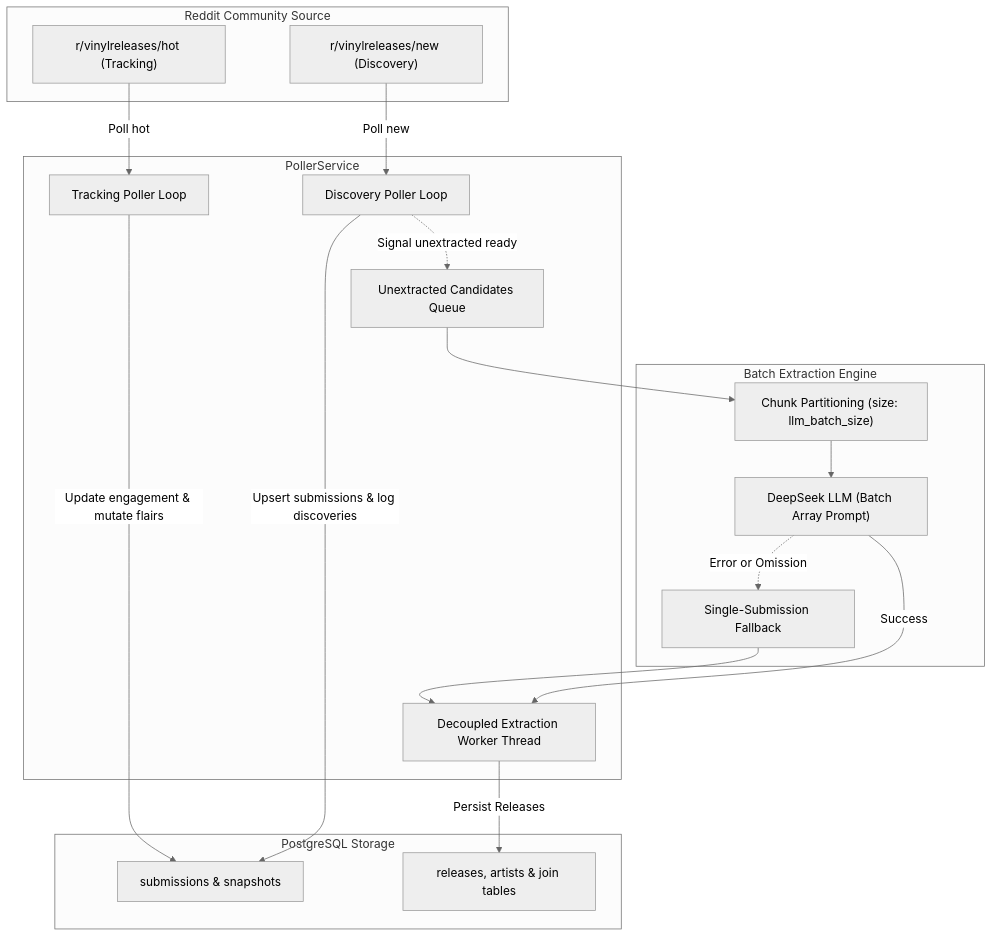
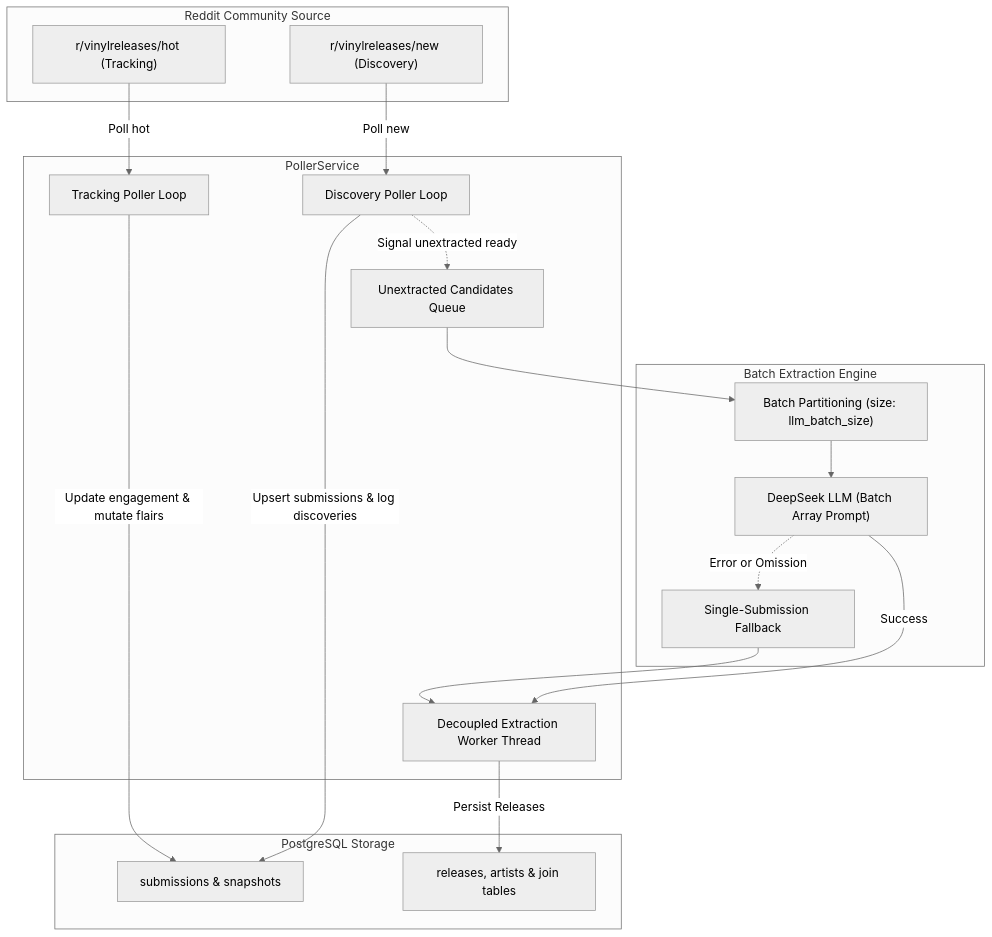
Before and after one commit to Lolgend/vinyl-reddit-scrape: the diagram in README.md, drawn with Mermaid (neutral theme). The commit also changed other lines of this file and 5 other files, not shown here.

````diff
--- a/README.md
+++ b/README.md
@@ -9,37 +9,37 @@
 ```mermaid
 flowchart TD
     subgraph Reddit["Reddit Community Source"]
         RN["r/vinylreleases/new (Discovery)"]
         RH["r/vinylreleases/hot (Tracking)"]
     end
 
     subgraph Service["PollerService"]
         PNew["Discovery Poller Loop"]
         PHot["Tracking Poller Loop"]
         BQueue["Unextracted Candidates Queue"]
         Worker["Decoupled Extraction Worker Thread"]
     end
 
     subgraph ExtractionEngine["Batch Extraction Engine"]
-        Chunker["Chunk Partitioning (size: llm_batch_size)"]
+        Batcher["Batch Partitioning (size: llm_batch_size)"]
         LLMBatch["DeepSeek LLM (Batch Array Prompt)"]
         Fallback["Single-Submission Fallback"]
     end
 
     subgraph Database["PostgreSQL Storage"]
         SubTable["submissions & snapshots"]
         RelTable["releases, artists & join tables"]
     end
 
     RN -->|Poll new| PNew
     RH -->|Poll hot| PHot
     PNew -->|Upsert submissions & log discoveries| SubTable
     PHot -->|Update engagement & mutate flairs| SubTable
     PNew -.->|Signal unextracted ready| BQueue
-    BQueue --> Chunker
-    Chunker --> LLMBatch
+    BQueue --> Batcher
+    Batcher --> LLMBatch
     LLMBatch -->|Success| Worker
     LLMBatch -.->|Error or Omission| Fallback
     Fallback --> Worker
     Worker -->|Persist Releases| RelTable
 ```
````
